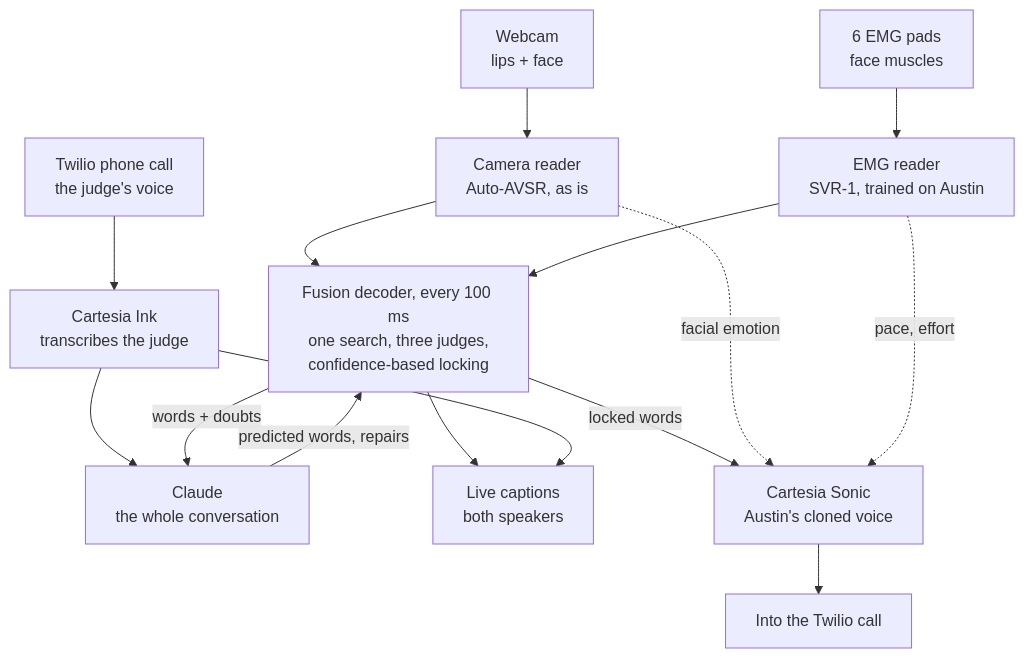
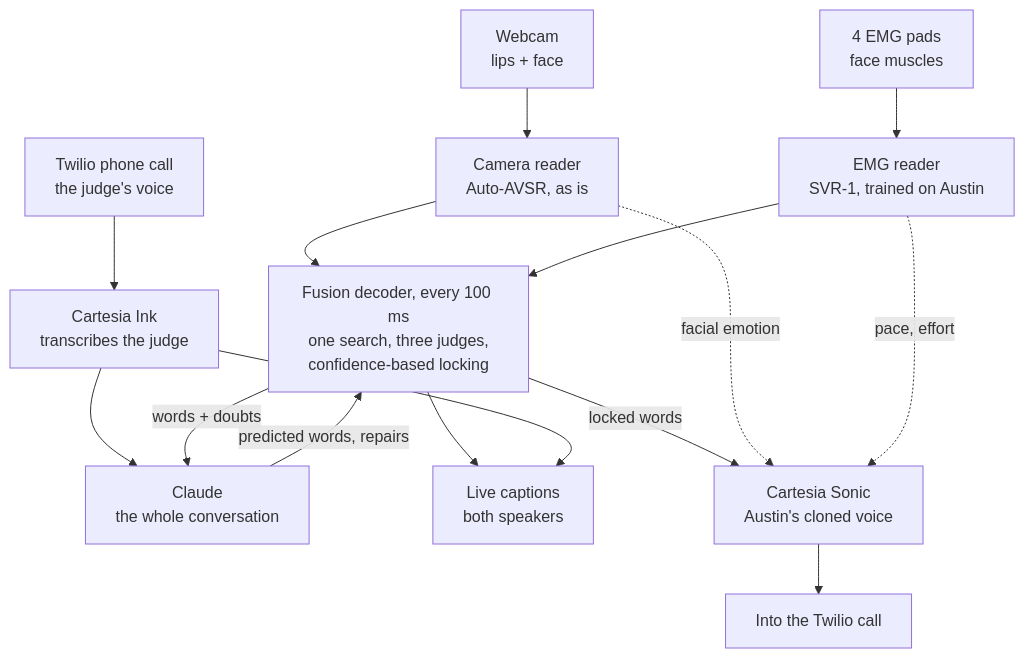
The first of 3 diagrams in docs/ARCHITECTURE.md (thaimtl/Reclaim), drawn with Mermaid before and after one commit. The commit also changed other lines of this file and 10 other files, not shown here.

````diff
--- a/docs/ARCHITECTURE.md
+++ b/docs/ARCHITECTURE.md
@@ -7,17 +7,17 @@
 ```mermaid
 flowchart TD
     cam["Webcam<br/>lips + face"] --> avsr["Camera reader<br/>Auto-AVSR, as is"]
-    emg["6 EMG pads<br/>face muscles"] --> svr["EMG reader<br/>SVR-1, trained on Austin"]
+    emg["4 EMG pads<br/>face muscles"] --> svr["EMG reader<br/>SVR-1, trained on Austin"]
     call["Twilio phone call<br/>the judge's voice"] --> ink["Cartesia Ink<br/>transcribes the judge"]
     avsr --> dec["Fusion decoder, every 100 ms<br/>one search, three judges,<br/>confidence-based locking"]
     svr --> dec
     ink --> claude["Claude<br/>the whole conversation"]
     claude -- "predicted words, repairs" --> dec
     dec -- "words + doubts" --> claude
     dec --> cap["Live captions<br/>both speakers"]
     ink --> cap
     dec -- "locked words" --> voice["Cartesia Sonic<br/>Austin's cloned voice"]
     voice --> out["Into the Twilio call"]
     avsr -. "facial emotion" .-> voice
     svr -. "pace, effort" .-> voice
 ```
````
